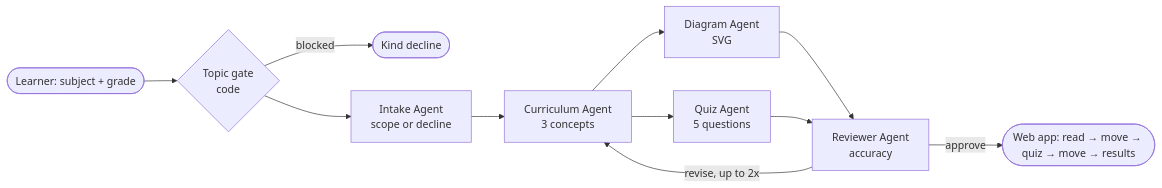
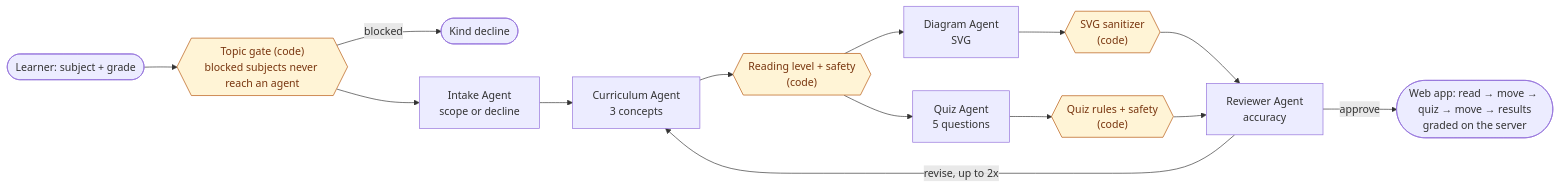
One commit to emitby/Dynamic-Interactive-Learning-App-Using-Agentic-Workflows changed the diagram in README.md. Above: the diagram before and after it, drawn with Mermaid. The commit also changed other lines of this file, not shown here.

First line of the commit message:
README: pitch, results and quick start up front; guardrails in the diagram

````diff
--- a/README.md
+++ b/README.md
@@ -27,13 +47,18 @@
 ```mermaid
 flowchart LR
-    U([Learner: subject + grade]) --> G{Topic gate<br/>code}
+    U([Learner: subject + grade]) --> G{{"Topic gate (code)<br/>blocked subjects never reach an agent"}}
     G -- blocked --> X([Kind decline])
     G --> I[Intake Agent<br/>scope or decline]
     I --> C[Curriculum Agent<br/>3 concepts]
-    C --> D[Diagram Agent<br/>SVG]
-    C --> Q[Quiz Agent<br/>5 questions]
-    D --> R[Reviewer Agent<br/>accuracy]
-    Q --> R
+    C --> VC{{"Reading level + safety<br/>(code)"}}
+    VC --> D[Diagram Agent<br/>SVG]
+    VC --> Q[Quiz Agent<br/>5 questions]
+    D --> VD{{"SVG sanitizer<br/>(code)"}}
+    Q --> VQ{{"Quiz rules + safety<br/>(code)"}}
+    VD --> R[Reviewer Agent<br/>accuracy]
+    VQ --> R
     R -- revise, up to 2x --> C
-    R -- approve --> W([Web app: read → move → quiz → move → results])
+    R -- approve --> W([Web app: read → move → quiz → move → results<br/>graded on the server])
+    classDef guard fill:#fff4d6,stroke:#b45309,color:#78350f
+    class G,VC,VD,VQ guard
 ```
````
